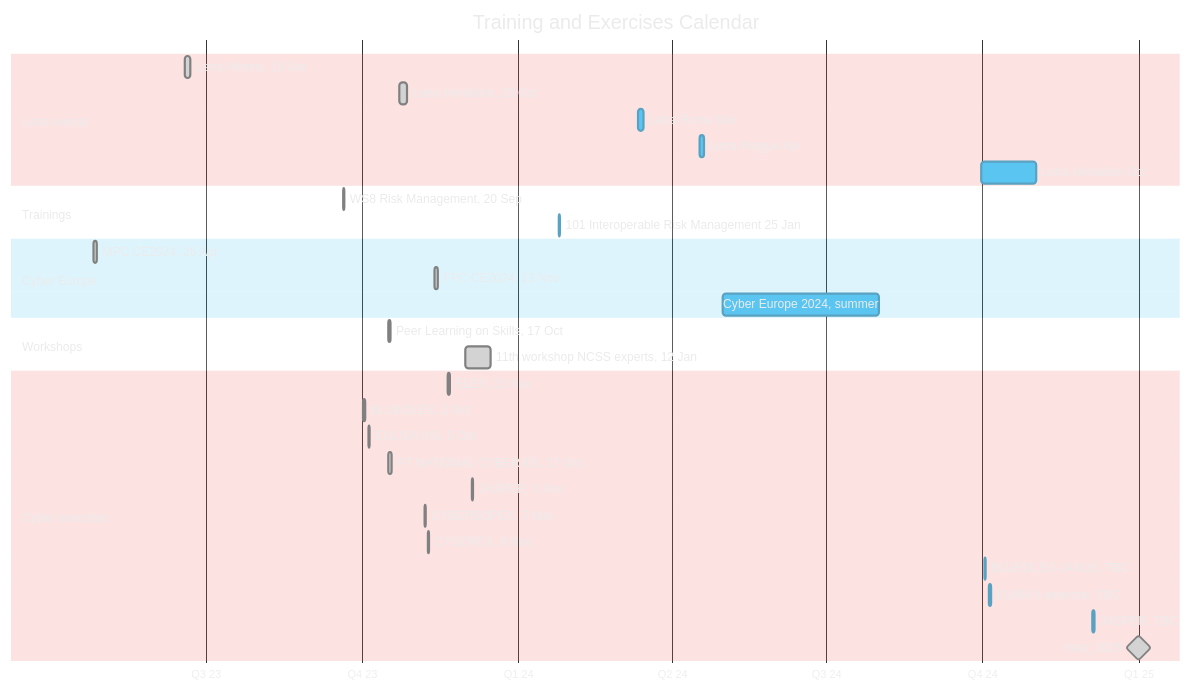
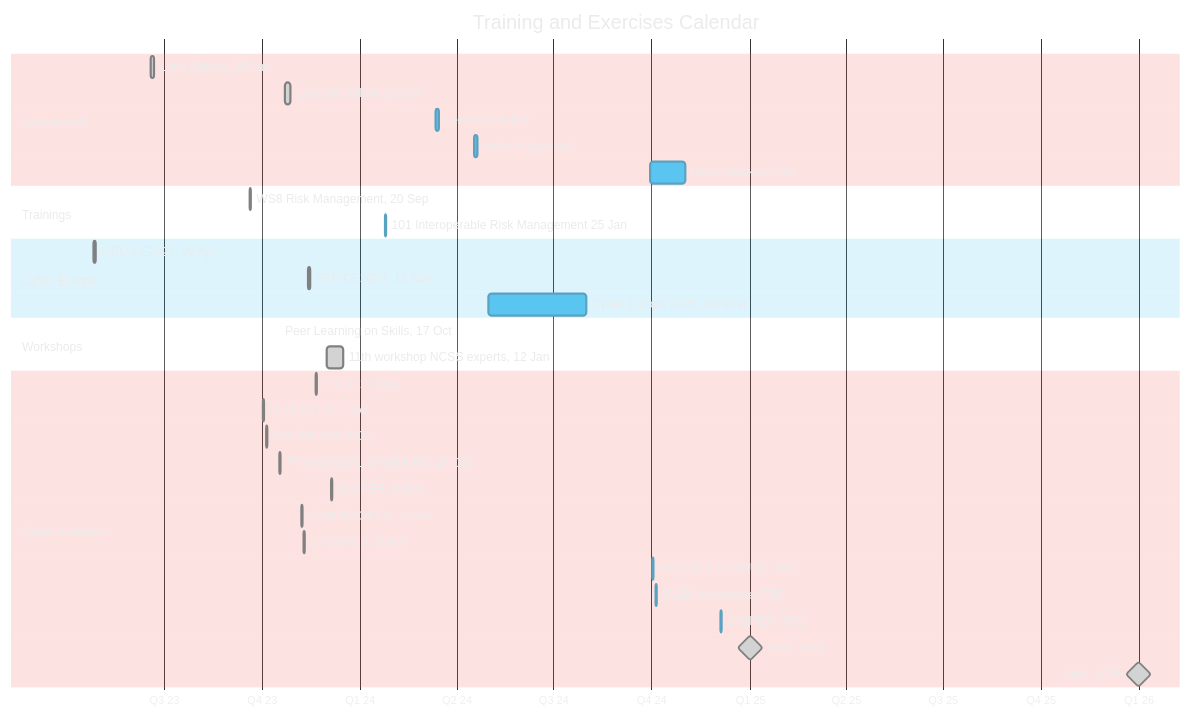
The first of 2 diagrams in README.md (ENISA-Exercises/Public01), drawn with Mermaid before and after one commit.

````diff
--- a/README.md
+++ b/README.md
@@ -9,54 +9,57 @@
 ```mermaid
 %%{
   init: {
     'theme': 'base',
     'themeVariables': {
       'darkmode': 'true',
       'fontFamily': 'Arial',
       'primaryColor': '#5BC5F2',
       'primaryTextColor': '#EBEBEB',
       'secondaryColor': '#F9B233',
       'secondaryTextColor': '#EBEBEB',
       'tertiaryColor': '#EE756D',
       'tertiaryTextColor': '#EBEBEB',
       'lineColor': '#1D1D1B'
     }
   }
 }%%
 gantt
   title Training and Exercises Calendar
   dateFormat YYYY-MM-DD %%Input date format. The default input date format is YYYY-MM-DD
   axisFormat Q%q %y
   tickInterval 3month
 %%displayed gantt bar info
   section Letra events
     Letra Athens, 19 Jun: done, Letra202306, 2023-06-19, 3d
     Letra Heraklion, 23 Oct: done, Letra202310, 2023-10-23, 5d
     Letra Rome Mar: Training45363, 2024-03-12, 3d
     Letra Prague Apr: Training45399, 2024-04-17, 3d
     Letra Heraklion Oct: Training45565, 2024-09-30, 33d
   section Trainings
     WS8 Risk Management, 20 Sep: done, TRAINING45189, 2023-09-20, 1d
     101 Interoperable Risk Management 25 Jan: virtual_workshop45316, 2024-01-25, 1d
   section Cyber Europe
     MPC CE2024, 26 Apr: done, Conference45042, 2023-04-26, 2d
     FPC CE2024, 13 Nov: done, CONFERENCE45243, 2023-11-13, 2d
     Cyber Europe 2024, summer: Exercise45413, 2024-05-01, 92d
   section Workshops
     Peer Learning on Skills, 17 Oct: done, physical_workshop45216, 2023-10-17, 1d
     11th workshop NCSS experts, 12 Jan: done, virtual_workshop45261, 2023-12-01, 15d
   section Cyber exercises
     ELEX, 21 Nov: done, ELEX2023, 2023-11-21, 1d
     BLUEOLEX, 2 Oct: done, EXERCISE45201, 2023-10-02, 1d
     EULISA VIS, 5 Oct: done, EXERCISE45204, 2023-10-05, 1d
     PT NATIONAL CYBER EX, 17 Oct: done, EXERCISE45216, 2023-10-17, 2d
     JASPER, 5 Nov: done, EXERCISE45265, 2023-12-05, 1d
     CYBERSOPEX, 7 Nov: done, EXERCISE45237, 2023-11-07, 1d
     CYSOPEX, 9 Nov: done, EXERCISE45239, 2023-11-09, 1d
     BLUEOLEX-JANUS, TBC: Exercise45567, 2024-10-02, 1d
     EUIBA's exercise, TBC: Exercise45570, 2024-10-05, 1d
-    JASPER, TBC: Exercise45631, 2024-12-05, 1d
+    JASPER, TBC: Exercise45631, 2024-12-05, 1d    
+    
 %%  Year_2023: done, milestone, Year23, 2023-01-01, 0d
 %%  Year_2024: done, milestone, Year24, 2024-01-01, 0d
 Year_2025: done, milestone, Year25, 2025-01-01, 0d
+Year_2026: done, milestone, Year26, 2026-01-01, 0d
+
 ```
````
